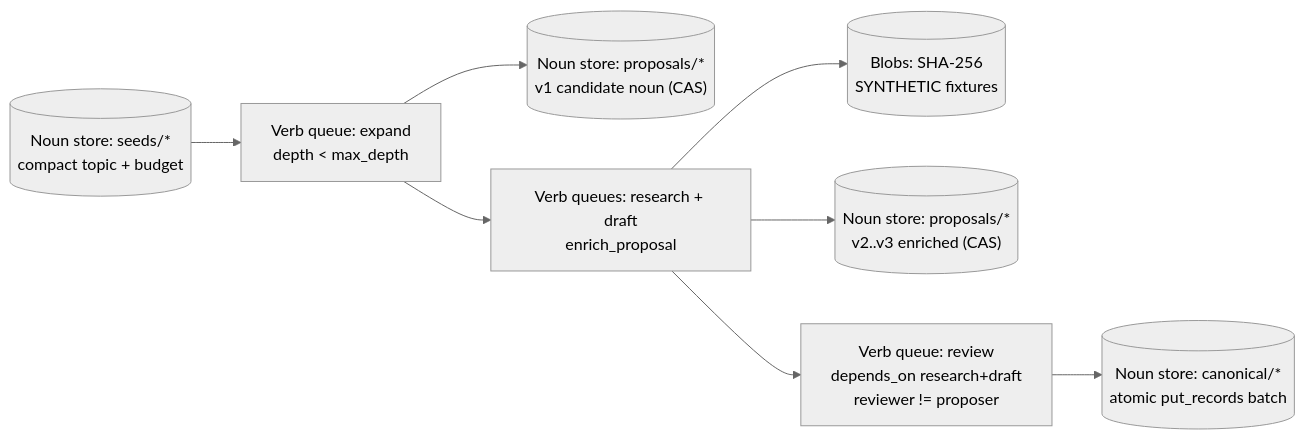
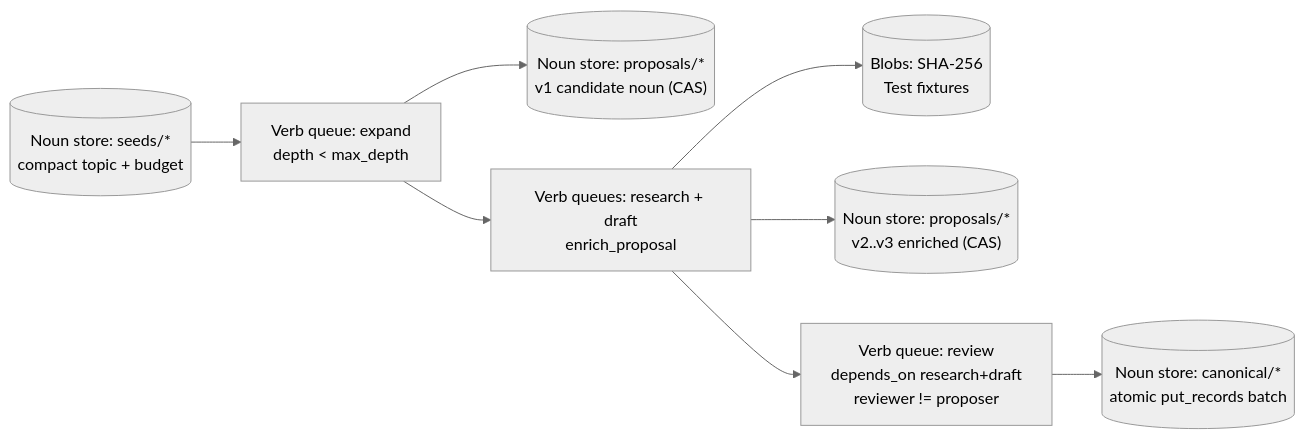
Before and after one commit to ta-amps/teleion-fabric-infrastructure-work-and-storage-engine: the diagram in docs/expansion.md, drawn with Mermaid (neutral theme). The commit also changed 151 other files, not shown here.

````diff
--- a/docs/expansion.md
+++ b/docs/expansion.md
@@ -26,10 +26,10 @@
 ```mermaid
 flowchart LR
   S[("Noun store: seeds/*<br/>compact topic + budget")] --> Q1["Verb queue: expand<br/>depth &lt; max_depth"]
   Q1 --> P[("Noun store: proposals/*<br/>v1 candidate noun (CAS)")]
   Q1 --> Q2["Verb queues: research + draft<br/>enrich_proposal"]
-  Q2 --> B[("Blobs: SHA-256<br/>SYNTHETIC fixtures")]
+  Q2 --> B[("Blobs: SHA-256<br/>Test fixtures")]
   Q2 --> P2[("Noun store: proposals/*<br/>v2..v3 enriched (CAS)")]
   Q2 --> Q3["Verb queue: review<br/>depends_on research+draft<br/>reviewer != proposer"]
   Q3 --> C[("Noun store: canonical/*<br/>atomic put_records batch")]
 ```
````
